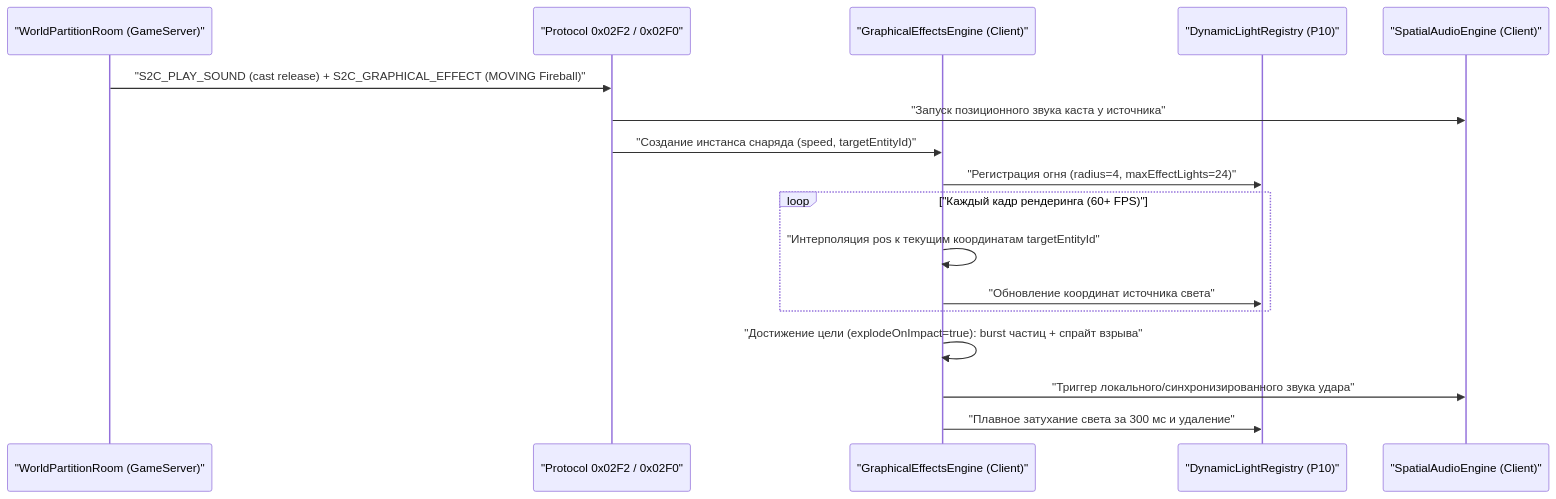
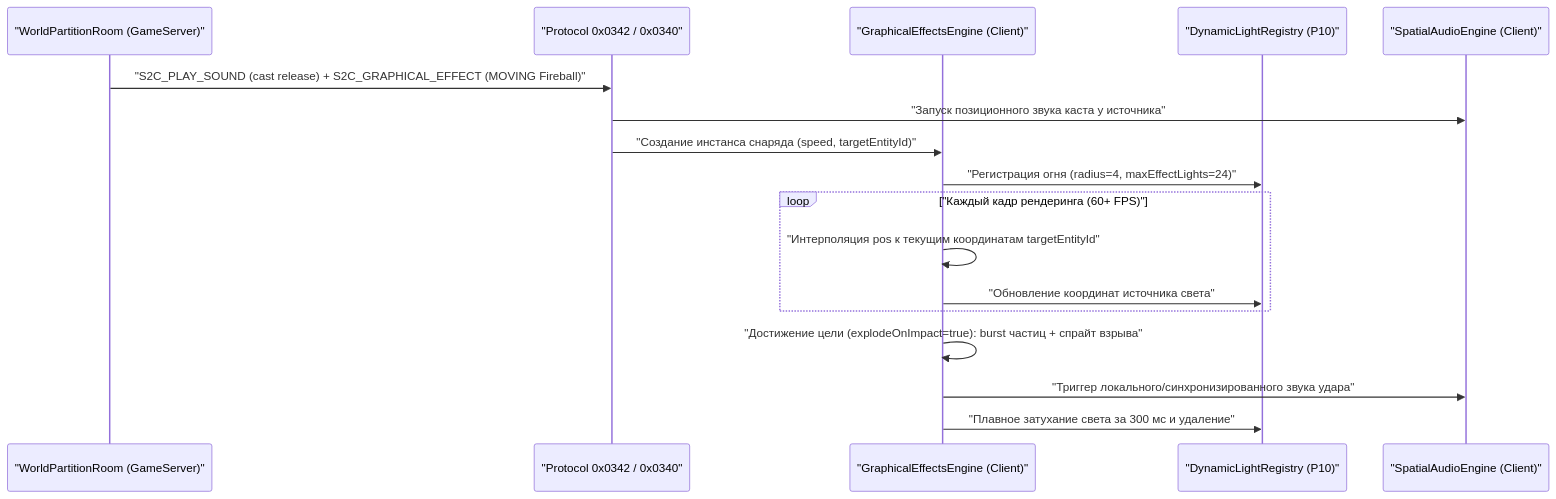
Before and after one commit to SergioAndreev/uo3: the third of 3 diagrams in openspec/changes/p28-audio-and-effects/design.md, drawn with Mermaid. The commit also changed other lines of this file and 188 other files, not shown here.

````diff
--- a/openspec/changes/p28-audio-and-effects/design.md
+++ b/openspec/changes/p28-audio-and-effects/design.md
@@ -217,20 +217,20 @@
 ```mermaid
 sequenceDiagram
     participant GS as "WorldPartitionRoom (GameServer)"
-    participant NET as "Protocol 0x02F2 / 0x02F0"
+    participant NET as "Protocol 0x0342 / 0x0340"
     participant GFX as "GraphicalEffectsEngine (Client)"
     participant LGT as "DynamicLightRegistry (P10)"
     participant AUD as "SpatialAudioEngine (Client)"
 
     GS->>NET: "S2C_PLAY_SOUND (cast release) + S2C_GRAPHICAL_EFFECT (MOVING Fireball)"
     NET->>AUD: "Запуск позиционного звука каста у источника"
     NET->>GFX: "Создание инстанса снаряда (speed, targetEntityId)"
     GFX->>LGT: "Регистрация огня (radius=4, maxEffectLights=24)"
     loop "Каждый кадр рендеринга (60+ FPS)"
         GFX->>GFX: "Интерполяция pos к текущим координатам targetEntityId"
         GFX->>LGT: "Обновление координат источника света"
     end
     GFX->>GFX: "Достижение цели (explodeOnImpact=true): burst частиц + спрайт взрыва"
     GFX->>AUD: "Триггер локального/синхронизированного звука удара"
     GFX->>LGT: "Плавное затухание света за 300 мс и удаление"
 ```
````
